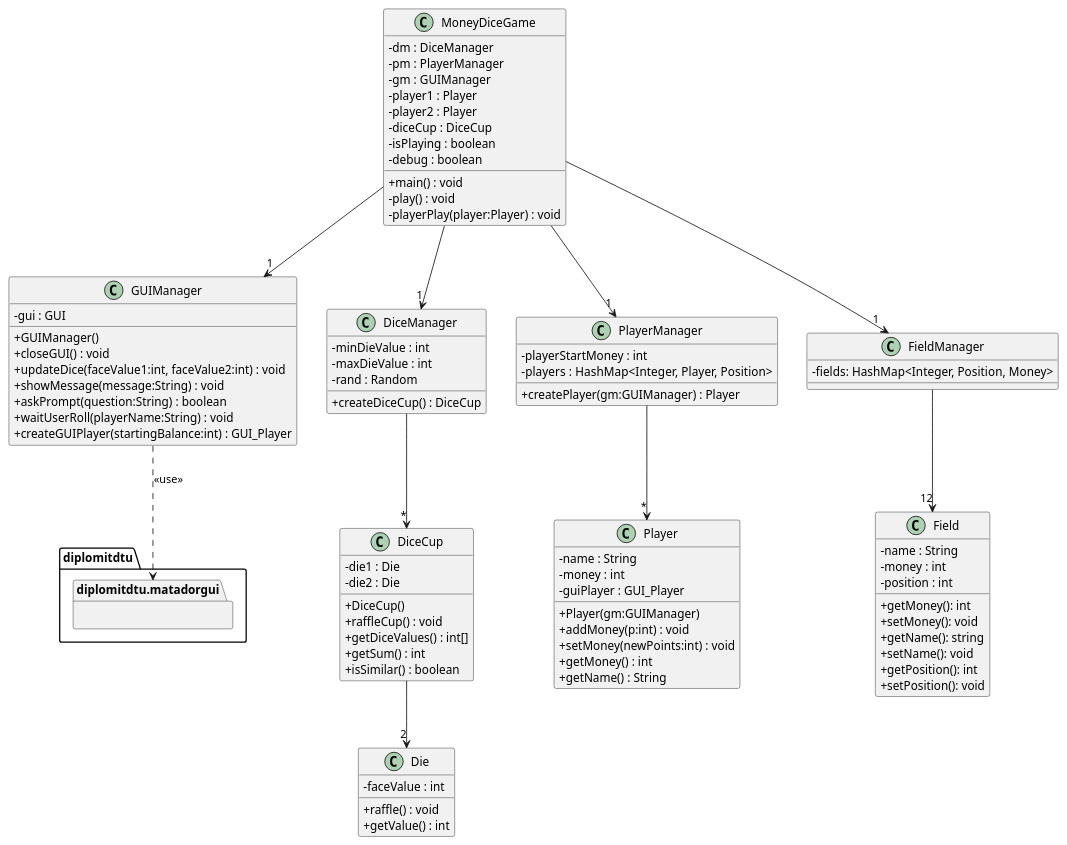
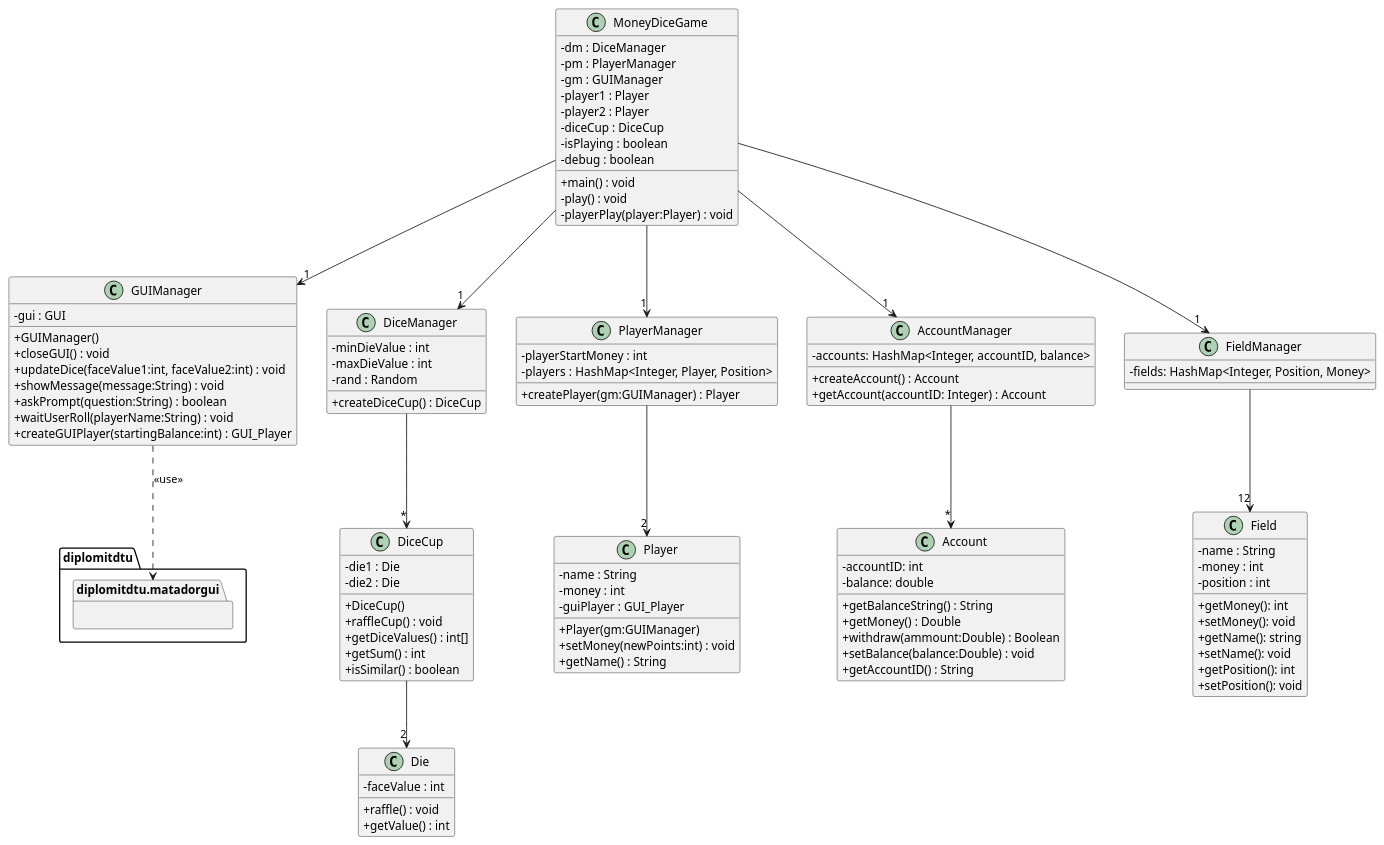
The diagram in src/main/resources/DesignClassDiagram.puml (DTUSoftware/25_matador_cdio_objects), drawn with PlantUML before and after one commit. The commit also changed 1 other file, not shown here.

Commit message:
updated the uml

```diff
--- a/src/main/resources/DesignClassDiagram.puml
+++ b/src/main/resources/DesignClassDiagram.puml
@@ -1,126 +1,143 @@
 @startuml
 'https://plantuml.com/class-diagram
 
 skinparam classAttributeIconSize 0
 
 class MoneyDiceGame {
     -dm : DiceManager
     -pm : PlayerManager
     -gm : GUIManager
     -player1 : Player
     -player2 : Player
     -diceCup : DiceCup
     -isPlaying : boolean
     -debug : boolean
 
     +main() : void
     -play() : void
     -playerPlay(player:Player) : void
 }
 
 class GUIManager {
     -gui : GUI
 
     +GUIManager()
     +closeGUI() : void
     +updateDice(faceValue1:int, faceValue2:int) : void
     +showMessage(message:String) : void
     +askPrompt(question:String) : boolean
     +waitUserRoll(playerName:String) : void
     +createGUIPlayer(startingBalance:int) : GUI_Player
 }
 
 package diplomitdtu.matadorgui {}
 
 'package diplomitdtu.matadorgui.gui_main {
 '    class GUI {
 ''        +GUI(fields:GUI_Field[], backGroundColor:Color)
 ''        +close() : void
 ''        +setDice(faceValue1:int, faceValue2:int) : void
 ''        +showMessage(msg:String) : void
 ''        +getUserLeftButtonPressed(msg:String, trueButton:String, falseButton:String) : boolean
 ''        +getUserString(msg:String) : String
 ''        +addPlayer(player:GUI_Player) : void
 '    }
 '}
 
 
 
 'package diplomitdtu.matadorgui.gui_fields {
 '    class GUI_Player {
 ''        +GUI_Player(name:String, balance:int, car:GUI_Car)
 ''        +getName() : String
 ''        +setBalance(balance:int) : void
 '    }
 '}
 
 class DiceManager {
     -minDieValue : int
     -maxDieValue : int
     -rand : Random
 
     +createDiceCup() : DiceCup
 }
 
 class DiceCup {
     -die1 : Die
     -die2 : Die
 
     +DiceCup()
     +raffleCup() : void
     +getDiceValues() : int[]
     +getSum() : int
     +isSimilar() : boolean
 }
 
 class Die {
     -faceValue : int
 
     +raffle() : void
     +getValue() : int
 }
 
 class PlayerManager {
     -playerStartMoney : int
     -players : HashMap<Integer, Player, Position>
 
     +createPlayer(gm:GUIManager) : Player
 }
 
 class Player {
     -name : String
     -money : int
     -guiPlayer : GUI_Player
 
     +Player(gm:GUIManager)
-    +addMoney(p:int) : void
     +setMoney(newPoints:int) : void
-    +getMoney() : int
     +getName() : String
+}
+class AccountManager {
+    -accounts: HashMap<Integer, accountID, balance>
+    +createAccount() : Account
+    +getAccount(accountID: Integer) : Account
+
+}
+class Account {
+    -accountID: int
+    -balance: double
+    +getBalanceString() : String
+    +getMoney() : Double
+    +withdraw(ammount:Double) : Boolean
+    +setBalance(balance:Double) : void
+    +getAccountID() : String
+
+
 }
 class FieldManager{
     -fields: HashMap<Integer, Position, Money>
 }
 class Field{
     -name : String
     -money : int
     -position : int
 
     +getMoney(): int
     +setMoney(): void
     +getName(): string
     +setName(): void
     +getPosition(): int
     +setPosition(): void
 }
 MoneyDiceGame --> "1" PlayerManager
 MoneyDiceGame --> "1" DiceManager
 MoneyDiceGame --> "1" GUIManager
 MoneyDiceGame --> "1" FieldManager
 DiceManager --> "*" DiceCup
 DiceCup --> "2" Die
-PlayerManager --> "*" Player
+PlayerManager --> "2" Player
 FieldManager --> "12" Field
+MoneyDiceGame --> "1" AccountManager
+AccountManager --> "*" Account
 GUIManager ..> diplomitdtu.matadorgui : <<use>>
 
 @enduml
```
